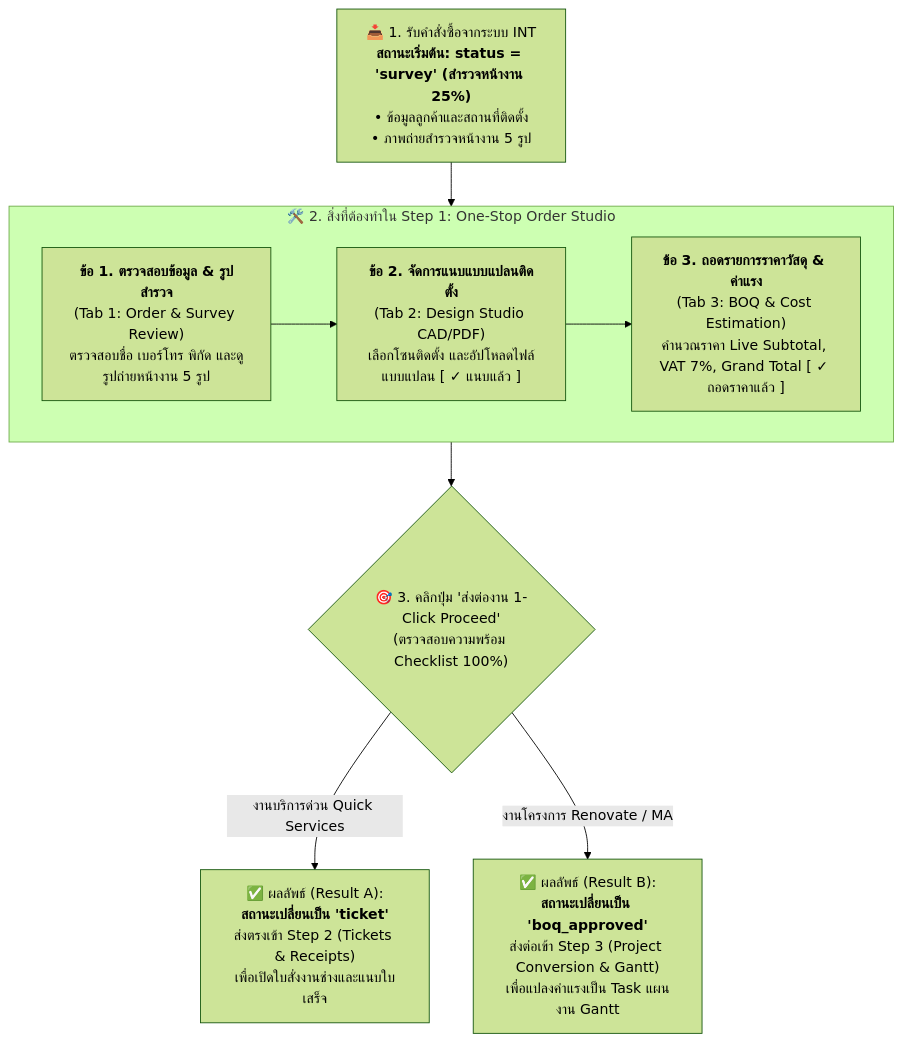
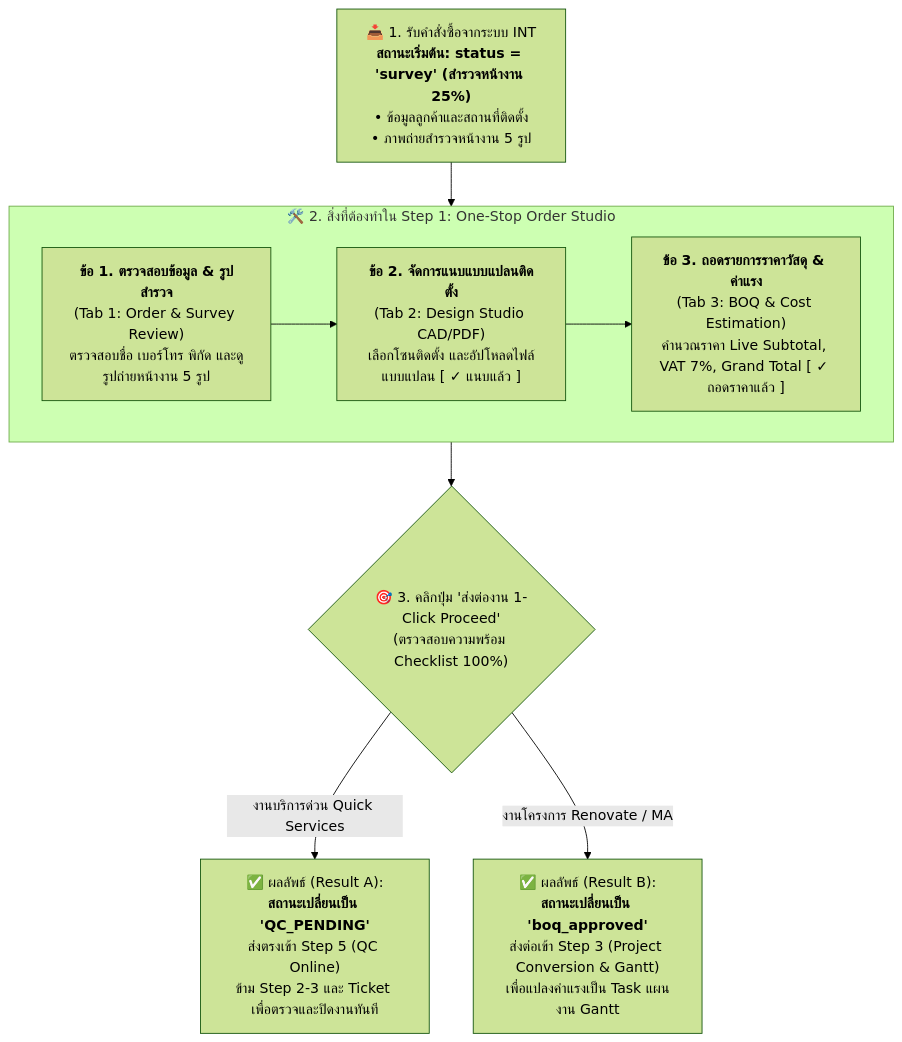
The first of 3 diagrams in doc/คู่มือการใช้งาน_Step1_คิวงานรับคำสั่งซื้อใหม่.md (isarachootip/pmt_flow), drawn with Mermaid (forest theme) before and after one commit. The commit also changed other lines of this file and 5 other files, not shown here.

Commit message:
feat(quick-service): disable step 2-3 in studio modal, auto-stamp tech from INT, and jump directly to QC on save

````diff
--- a/doc/คู่มือการใช้งาน_Step1_คิวงานรับคำสั่งซื้อใหม่.md
+++ b/doc/คู่มือการใช้งาน_Step1_คิวงานรับคำสั่งซื้อใหม่.md
@@ -13,19 +13,19 @@
 ```mermaid
 graph TD
     INT["📥 1. รับคำสั่งซื้อจากระบบ INT<br><b>สถานะเริ่มต้น: status = 'survey' (สำรวจหน้างาน 25%)</b><br>• ข้อมูลลูกค้าและสถานที่ติดตั้ง<br>• ภาพถ่ายสำรวจหน้างาน 5 รูป"]
     
     subgraph Step1["🛠️ 2. สิ่งที่ต้องทำใน Step 1: One-Stop Order Studio"]
         Act1["<b>ข้อ 1. ตรวจสอบข้อมูล & รูปสำรวจ</b><br>(Tab 1: Order & Survey Review)<br>ตรวจสอบชื่อ เบอร์โทร พิกัด และดูรูปถ่ายหน้างาน 5 รูป"]
         Act2["<b>ข้อ 2. จัดการแนบแบบแปลนติดตั้ง</b><br>(Tab 2: Design Studio CAD/PDF)<br>เลือกโซนติดตั้ง และอัปโหลดไฟล์แบบแปลน [ ✓ แนบแล้ว ]"]
         Act3["<b>ข้อ 3. ถอดรายการราคาวัสดุ & ค่าแรง</b><br>(Tab 3: BOQ & Cost Estimation)<br>คำนวณราคา Live Subtotal, VAT 7%, Grand Total [ ✓ ถอดราคาแล้ว ]"]
         
         Act1 --> Act2 --> Act3
     end
 
     INT --> Step1
 
     Step1 --> Decision{"🎯 3. คลิกปุ่ม 'ส่งต่องาน 1-Click Proceed'<br>(ตรวจสอบความพร้อม Checklist 100%)"}
 
-    Decision -->|งานบริการด่วน Quick Services| Res1["✅ ผลลัพธ์ (Result A):<br><b>สถานะเปลี่ยนเป็น 'ticket'</b><br>ส่งตรงเข้า Step 2 (Tickets & Receipts)<br>เพื่อเปิดใบสั่งงานช่างและแนบใบเสร็จ"]
+    Decision -->|งานบริการด่วน Quick Services| Res1["✅ ผลลัพธ์ (Result A):<br><b>สถานะเปลี่ยนเป็น 'QC_PENDING'</b><br>ส่งตรงเข้า Step 5 (QC Online)<br>ข้าม Step 2-3 และ Ticket เพื่อตรวจและปิดงานทันที"]
     Decision -->|งานโครงการ Renovate / MA| Res2["✅ ผลลัพธ์ (Result B):<br><b>สถานะเปลี่ยนเป็น 'boq_approved'</b><br>ส่งต่อเข้า Step 3 (Project Conversion & Gantt)<br>เพื่อแปลงค่าแรงเป็น Task แผนงาน Gantt"]
 ```
````
